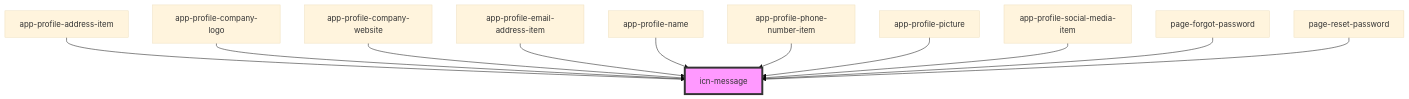
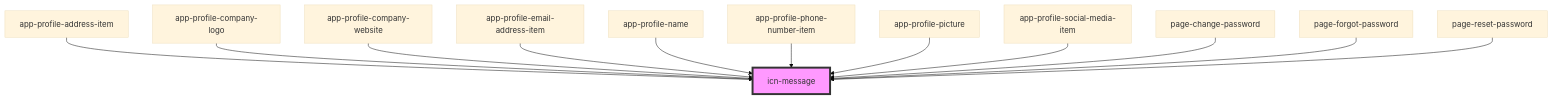
One commit to lokheed/IconEventNetwork.Web changed the diagram in iconeventnetwork-web/src/components/icn-message/readme.md. Above: the diagram before and after it, drawn with Mermaid (base theme). The commit also changed other lines of this file and 10 other files, not shown here.

````diff
--- a/iconeventnetwork-web/src/components/icn-message/readme.md
+++ b/iconeventnetwork-web/src/components/icn-message/readme.md
@@ -66,14 +67,15 @@
 ```mermaid
 graph TD;
   app-profile-address-item --> icn-message
   app-profile-company-logo --> icn-message
   app-profile-company-website --> icn-message
   app-profile-email-address-item --> icn-message
   app-profile-name --> icn-message
   app-profile-phone-number-item --> icn-message
   app-profile-picture --> icn-message
   app-profile-social-media-item --> icn-message
+  page-change-password --> icn-message
   page-forgot-password --> icn-message
   page-reset-password --> icn-message
   style icn-message fill:#f9f,stroke:#333,stroke-width:4px
 ```
````
